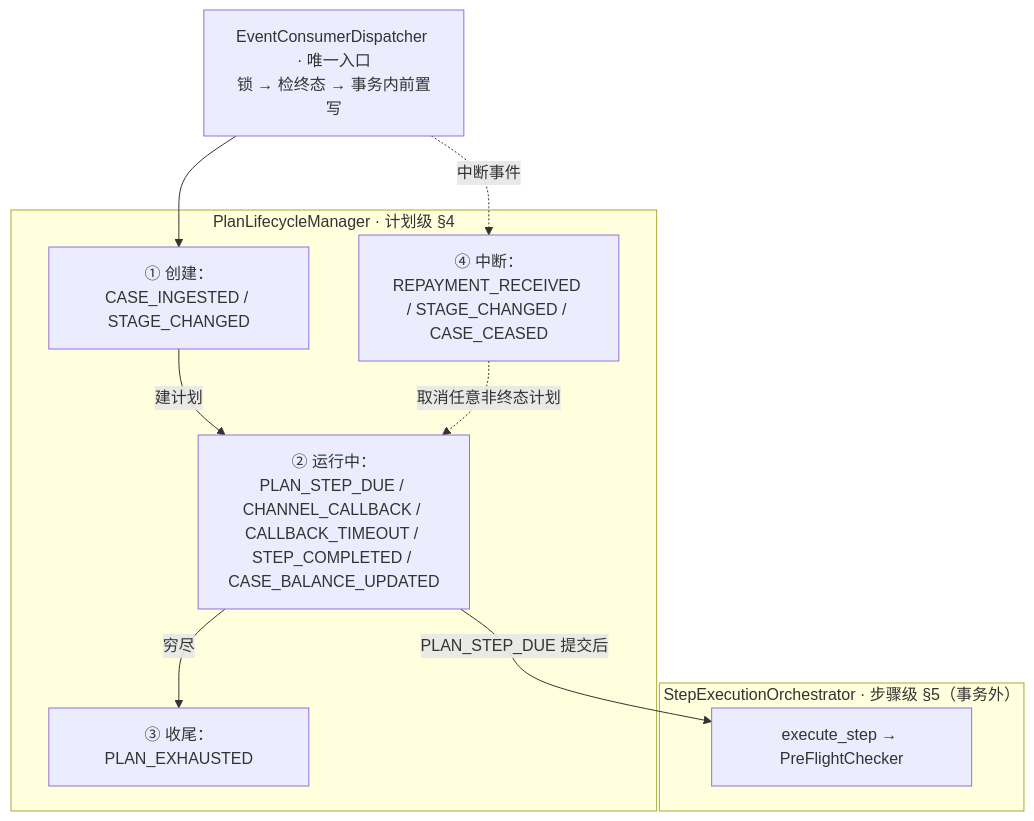
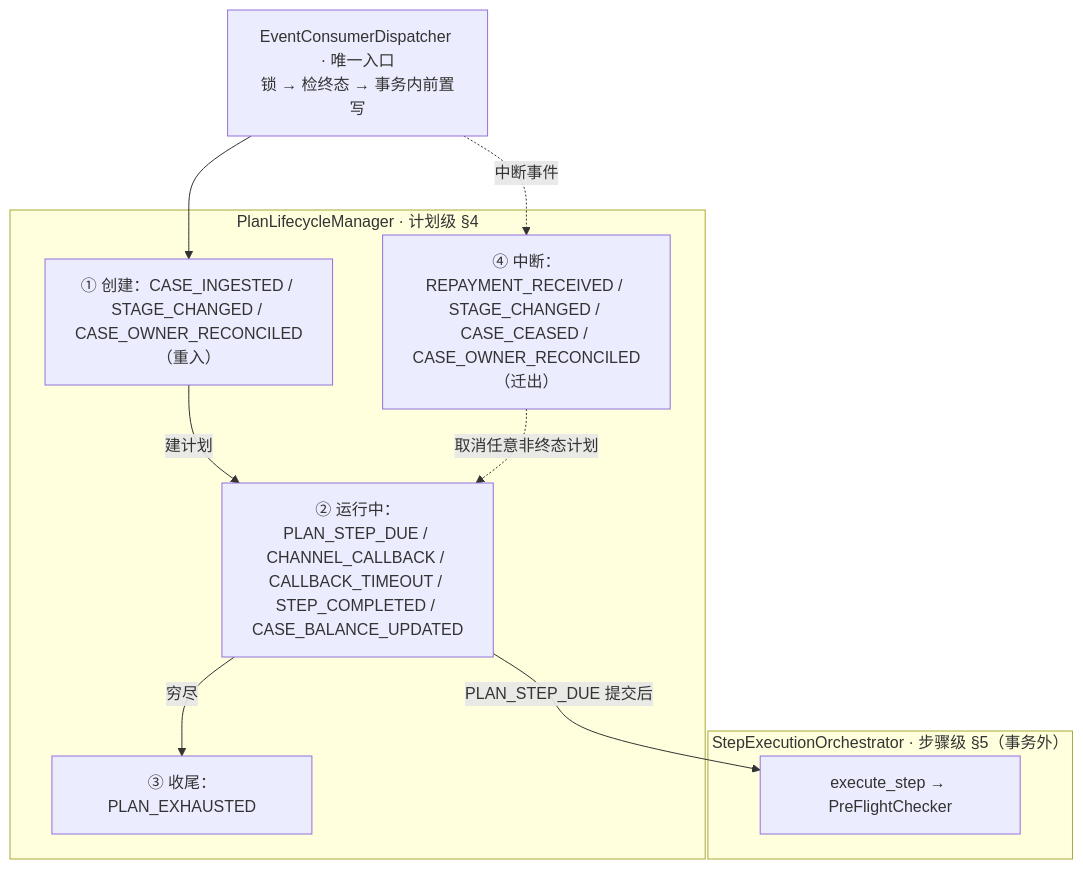
One commit to katherineliu2102/Intelligent-Collection-V1 changed the second of 6 diagrams in docs/MOCASA催收系统升级_Phase1_核心引擎规格.md. Above: the diagram before and after it, drawn with Mermaid. The commit also changed other lines of this file and 5 other files, not shown here.

````diff
--- a/docs/MOCASA催收系统升级_Phase1_核心引擎规格.md
+++ b/docs/MOCASA催收系统升级_Phase1_核心引擎规格.md
@@ -127,22 +129,22 @@
 ```mermaid
 flowchart TB
     D["EventConsumerDispatcher · 唯一入口<br/>锁 → 检终态 → 事务内前置写"]
 
     subgraph plan["PlanLifecycleManager · 计划级 §4"]
-        P1["① 创建：CASE_INGESTED / STAGE_CHANGED"]
+        P1["① 创建：CASE_INGESTED / STAGE_CHANGED / CASE_OWNER_RECONCILED（重入）"]
         P3["② 运行中：PLAN_STEP_DUE / CHANNEL_CALLBACK / CALLBACK_TIMEOUT / STEP_COMPLETED / CASE_BALANCE_UPDATED"]
         P4["③ 收尾：PLAN_EXHAUSTED"]
-        P2["④ 中断：REPAYMENT_RECEIVED / STAGE_CHANGED / CASE_CEASED"]
+        P2["④ 中断：REPAYMENT_RECEIVED / STAGE_CHANGED / CASE_CEASED / CASE_OWNER_RECONCILED（迁出）"]
     end
 
     subgraph step["StepExecutionOrchestrator · 步骤级 §5（事务外）"]
         O["execute_step → PreFlightChecker"]
     end
 
     D --> P1
     P1 -->|"建计划"| P3
     P3 -->|"穷尽"| P4
     P3 -->|"PLAN_STEP_DUE 提交后"| O
     D -. "中断事件" .-> P2
     P2 -. "取消任意非终态计划" .-> P3
 ```
````
